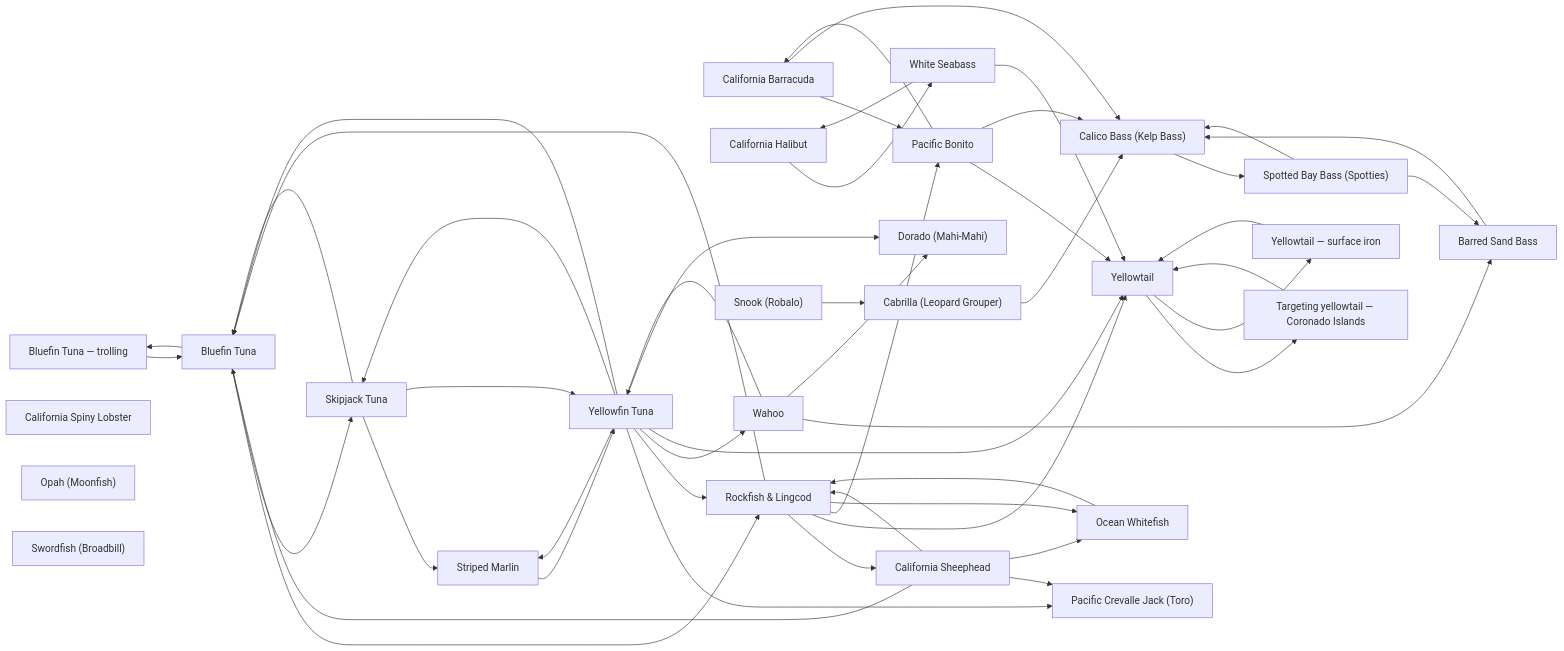
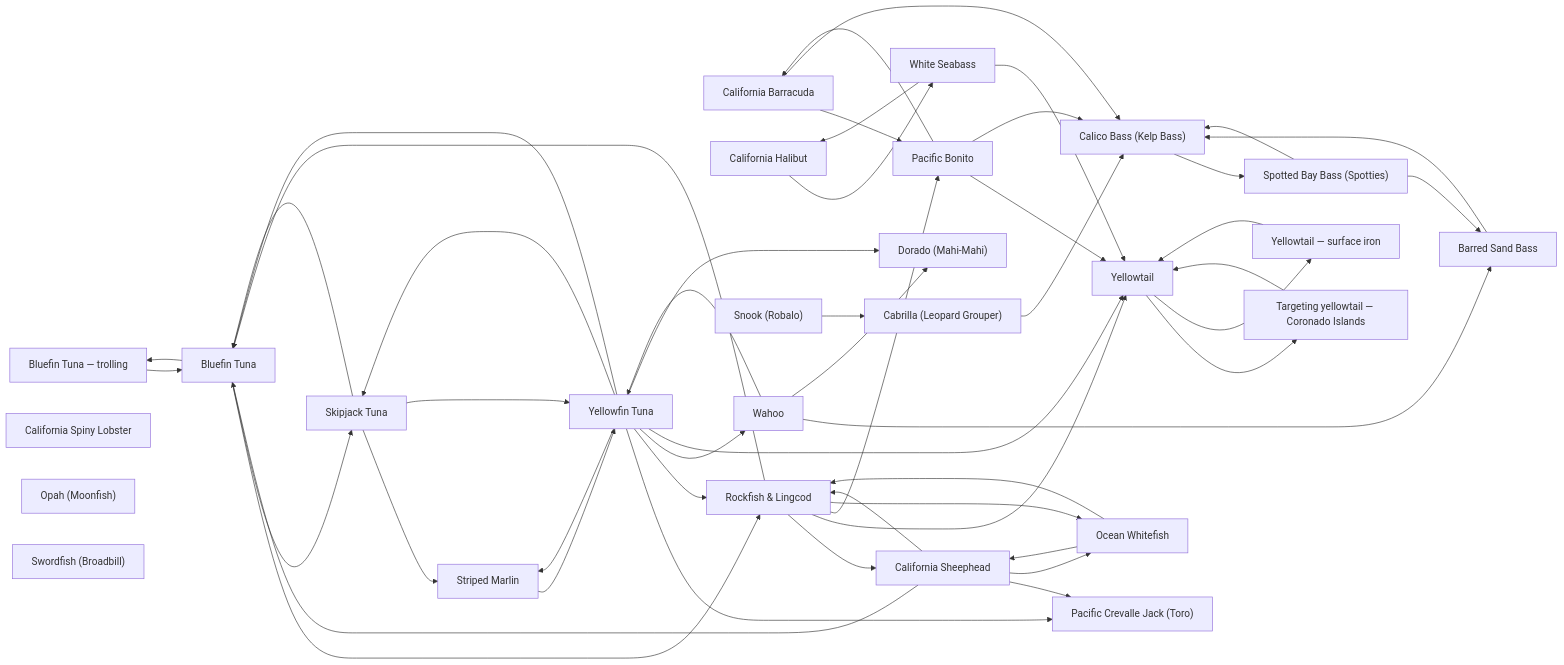
The diagram in species/README.md (camchuckpete-max/Socal-Fishing-Knowledge), drawn with Mermaid before and after one commit. The commit also changed other lines of this file and 24 other files, not shown here.

````diff
--- a/species/README.md
+++ b/species/README.md
@@ -42,76 +42,77 @@
 ```mermaid
 graph LR
   n0["California Barracuda"]
   n1["Bluefin Tuna — trolling"]
   n2["Bluefin Tuna"]
   n3["Pacific Bonito"]
   n4["Cabrilla (Leopard Grouper)"]
   n5["Calico Bass (Kelp Bass)"]
   n6["California Halibut"]
   n7["California Spiny Lobster"]
   n8["Dorado (Mahi-Mahi)"]
   n9["Ocean Whitefish"]
   n10["Opah (Moonfish)"]
   n11["Pacific Crevalle Jack (Toro)"]
   n12["Rockfish & Lingcod"]
   n13["Barred Sand Bass"]
   n14["California Sheephead"]
   n15["Skipjack Tuna"]
   n16["Snook (Robalo)"]
   n17["Spotted Bay Bass (Spotties)"]
   n18["Striped Marlin"]
   n19["Swordfish (Broadbill)"]
   n20["Wahoo"]
   n21["White Seabass"]
   n22["Yellowfin Tuna"]
   n23["Targeting yellowtail — Coronado Islands"]
   n24["Yellowtail — surface iron"]
   n25["Yellowtail"]
   n0 --> n3
   n0 --> n5
   n1 --> n2
   n12 --> n14
   n12 --> n2
   n12 --> n25
   n12 --> n3
   n12 --> n9
   n13 --> n5
   n14 --> n11
   n14 --> n12
   n14 --> n2
   n14 --> n9
   n15 --> n18
   n15 --> n2
   n15 --> n22
   n16 --> n4
   n17 --> n13
   n17 --> n5
   n18 --> n22
   n2 --> n1
   n2 --> n12
   n2 --> n15
   n20 --> n13
   n20 --> n22
   n20 --> n8
   n21 --> n25
   n21 --> n6
   n22 --> n11
   n22 --> n12
   n22 --> n15
   n22 --> n18
   n22 --> n2
   n22 --> n20
   n22 --> n25
   n22 --> n8
   n23 --> n25
   n24 --> n25
   n25 --> n23
   n25 --> n24
   n3 --> n0
   n3 --> n25
   n3 --> n5
   n4 --> n5
   n5 --> n17
   n6 --> n21
   n9 --> n12
+  n9 --> n14
 ```
````
